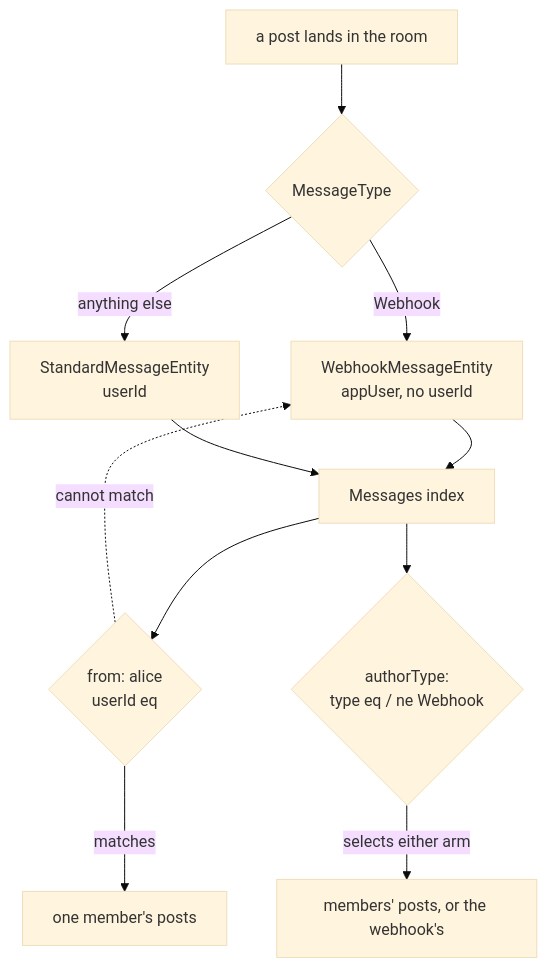
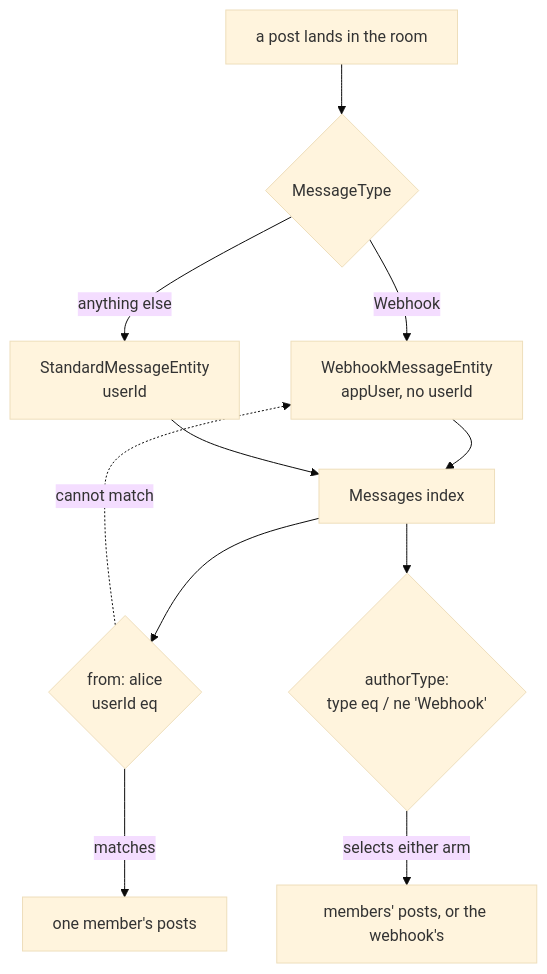
One commit to Esposter/Esposter changed the diagram in packages/app/content/docs/proposals/esbabbler/author-type-search-filter.md. Above: the diagram before and after it, drawn with Mermaid (base theme). The commit also changed other lines of this file and 7 other files, not shown here.

````diff
--- a/packages/app/content/docs/proposals/esbabbler/author-type-search-filter.md
+++ b/packages/app/content/docs/proposals/esbabbler/author-type-search-filter.md
@@ -18,13 +18,13 @@
 ```mermaid
 flowchart TD
   Post["a post lands in the room"] --> Kind{"MessageType"}
   Kind -- "Webhook" --> Hook["WebhookMessageEntity<br/>appUser, no userId"]
   Kind -- "anything else" --> Std["StandardMessageEntity<br/>userId"]
   Hook --> Index["Messages index"]
   Std --> Index
   Index --> From{"from: alice<br/>userId eq"}
-  Index --> Author{"authorType:<br/>type eq / ne Webhook"}
+  Index --> Author{"authorType:<br/>type eq / ne 'Webhook'"}
   From -- "matches" --> Person["one member's posts"]
   From -. "cannot match" .-> Hook
   Author -- "selects either arm" --> Either["members' posts, or the webhook's"]
 ```
````
